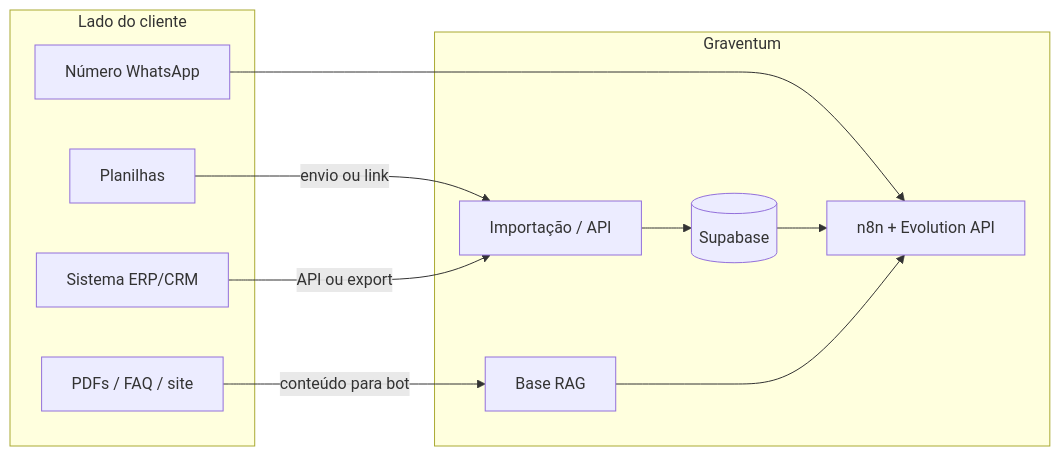
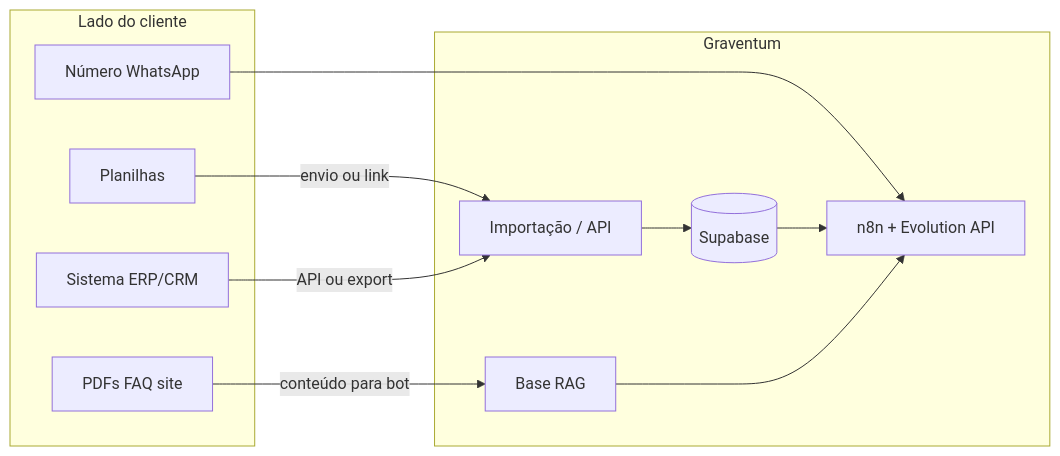
One commit to robsoncaldeira/docs changed the sixth of 6 diagrams in planos/jornada_cliente_graventum_fluxogramas.plan.md. Above: the diagram before and after it, drawn with Mermaid. The commit also changed 1 other file, not shown here.

Commit message:
fix: Mermaid para GitBook - remover aspas em rótulos e barras em nós

````diff
--- a/planos/jornada_cliente_graventum_fluxogramas.plan.md
+++ b/planos/jornada_cliente_graventum_fluxogramas.plan.md
@@ -228,24 +228,24 @@
 ```mermaid
 flowchart LR
   subgraph cliente [Lado do cliente]
     P[Planilhas]
     S[Sistema ERP/CRM]
-    Docs[PDFs / FAQ / site]
+    Docs[PDFs FAQ site]
     WA[Número WhatsApp]
   end
 
   subgraph graventum [Graventum]
     IMP[Importação / API]
     DB[(Supabase)]
     RAG[Base RAG]
     n8n[n8n + Evolution API]
   end
 
   P -->|envio ou link| IMP
   S -->|API ou export| IMP
   IMP --> DB
   Docs -->|conteúdo para bot| RAG
   WA --> n8n
   DB --> n8n
   RAG --> n8n
 ```
````
